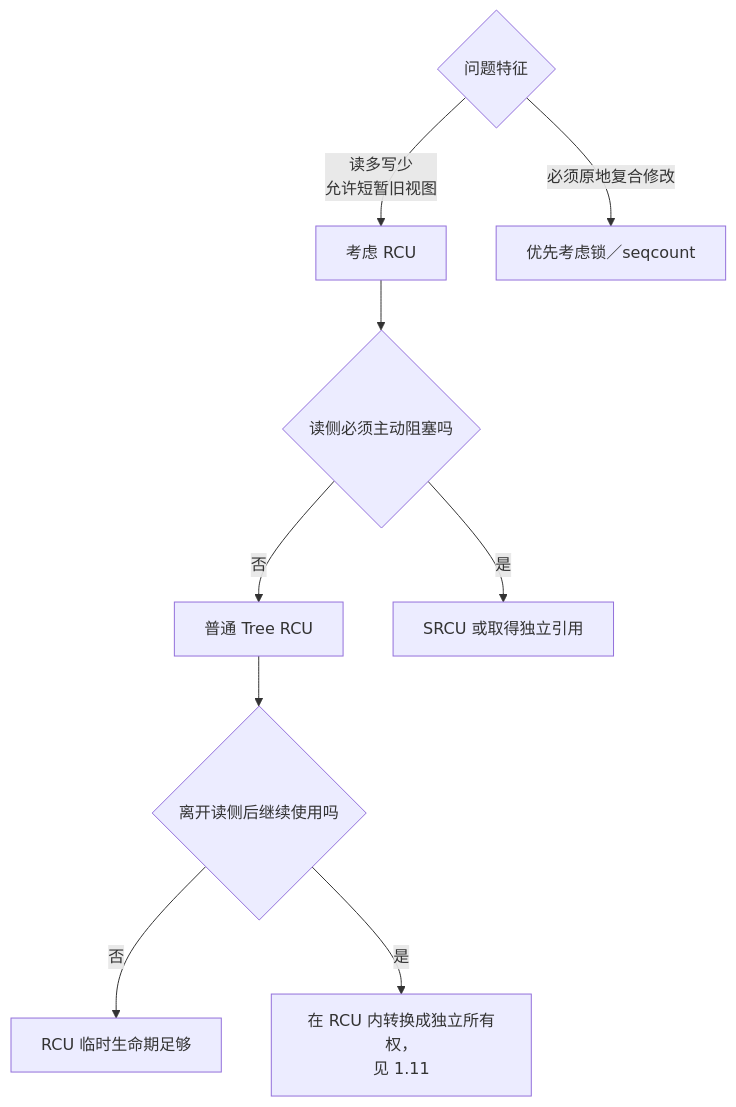
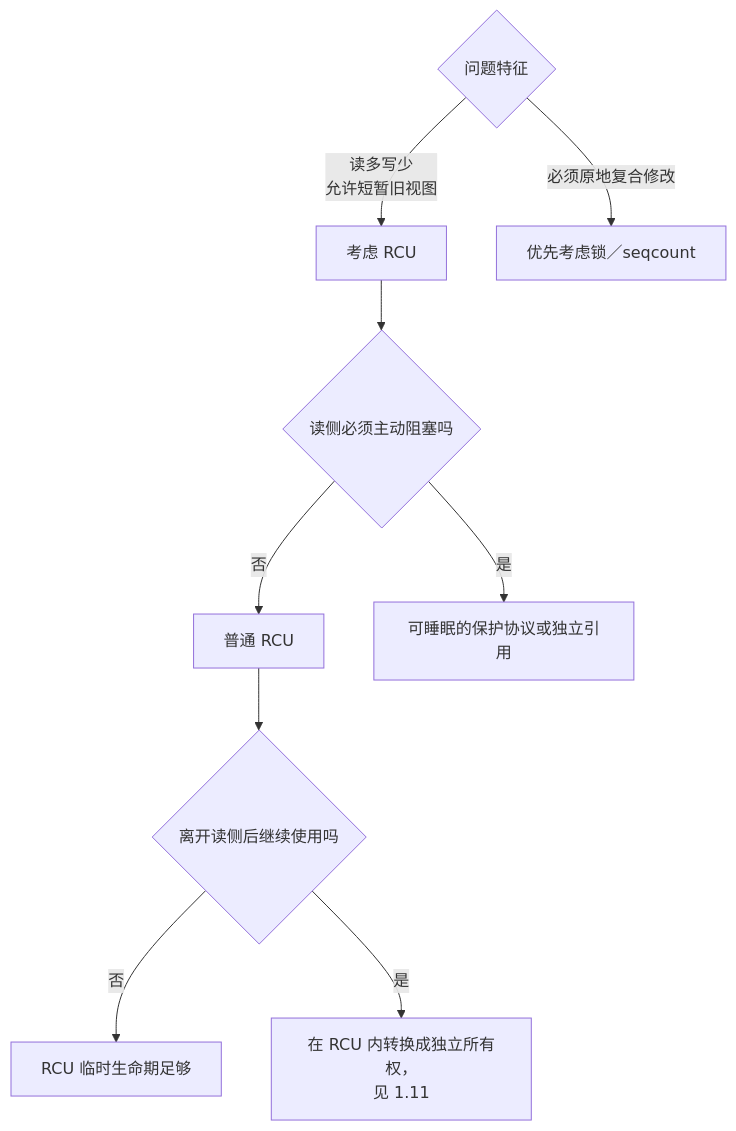
Before and after one commit to FormingSystem/linux_note: the eighth of 10 diagrams in knowledge/linux/synchronization_and_asynchrony/synchronization/rcu/P01_为什么需要_RCU.md, drawn with Mermaid. The commit also changed other lines of this file and 6 other files, not shown here.

````diff
--- a/knowledge/linux/synchronization_and_asynchrony/synchronization/rcu/P01_为什么需要_RCU.md
+++ b/knowledge/linux/synchronization_and_asynchrony/synchronization/rcu/P01_为什么需要_RCU.md
@@ -361,11 +362,11 @@
 ```mermaid
 flowchart TD
     Q{问题特征} -->|读多写少<br/>允许短暂旧视图| R[考虑 RCU]
     Q -->|必须原地复合修改| K[优先考虑锁／seqcount]
     R --> S{读侧必须主动阻塞吗}
-    S -->|否| T[普通 Tree RCU]
-    S -->|是| U[SRCU 或取得独立引用]
+    S -->|否| T[普通 RCU]
+    S -->|是| U[可睡眠的保护协议或独立引用]
     T --> O{离开读侧后继续使用吗}
     O -->|否| X[RCU 临时生命期足够]
     O -->|是| Y["在 RCU 内转换成独立所有权，<br/>见 1.11"]
 ```
````
